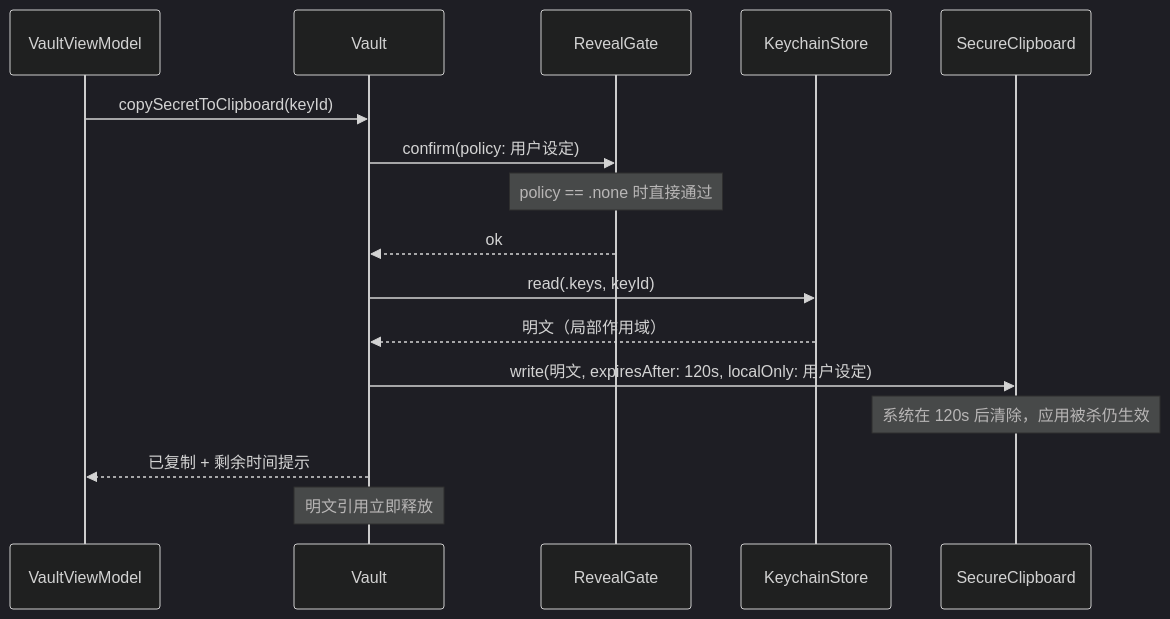
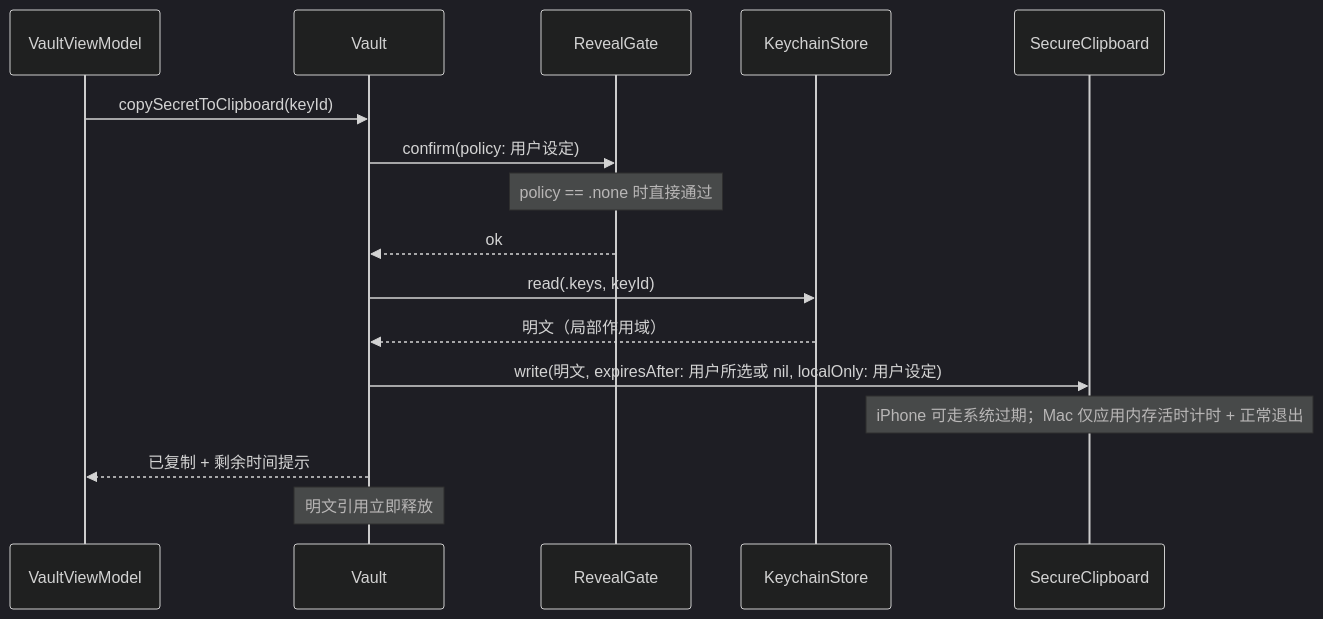
The second of 3 diagrams in ApiRelay/specs/001-key-vault/plan.md (DengShouXi/ApiRelay), drawn with Mermaid (dark theme) before and after one commit. The commit also changed other lines of this file and 64 other files, not shown here.

````diff
--- a/ApiRelay/specs/001-key-vault/plan.md
+++ b/ApiRelay/specs/001-key-vault/plan.md
@@ -304,19 +304,19 @@
 ```mermaid
 sequenceDiagram
     participant UI as VaultViewModel
     participant VA as Vault
     participant GT as RevealGate
     participant KC as KeychainStore
     participant CB as SecureClipboard
 
     UI->>VA: copySecretToClipboard(keyId)
     VA->>GT: confirm(policy: 用户设定)
     Note over GT: policy == .none 时直接通过
     GT-->>VA: ok
     VA->>KC: read(.keys, keyId)
     KC-->>VA: 明文（局部作用域）
-    VA->>CB: write(明文, expiresAfter: 120s, localOnly: 用户设定)
-    Note over CB: 系统在 120s 后清除，应用被杀仍生效
+    VA->>CB: write(明文, expiresAfter: 用户所选或 nil, localOnly: 用户设定)
+    Note over CB: iPhone 可走系统过期；Mac 仅应用内存活时计时 + 正常退出
     VA-->>UI: 已复制 + 剩余时间提示
     Note over VA: 明文引用立即释放
 ```
````
